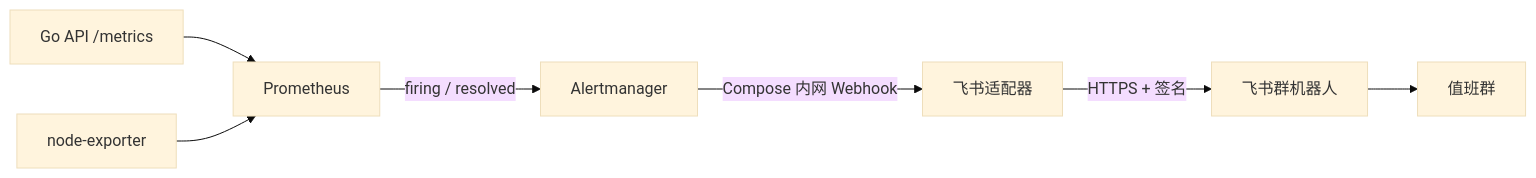
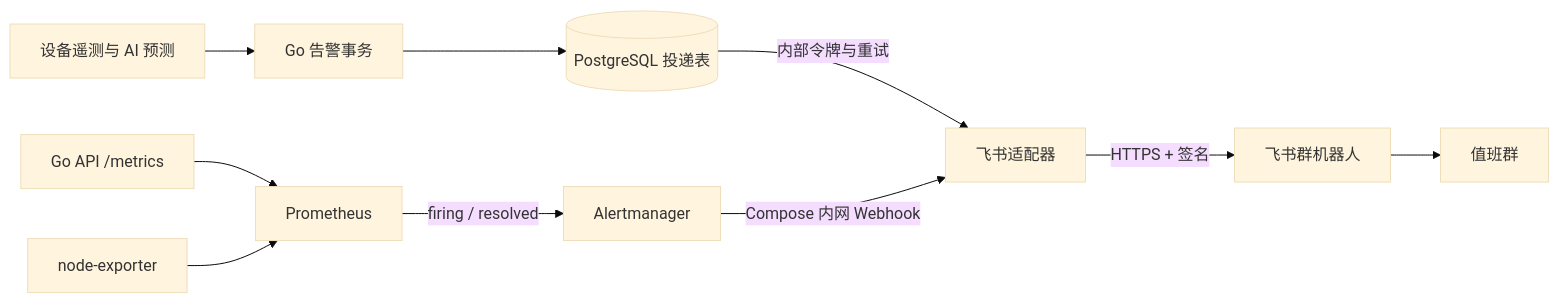
The diagram in 开发阶段5-飞书告警通知/01-链路与实现.md (Cyan-carp/PowerSystem), drawn with Mermaid (base theme) before and after one commit. The commit also changed other lines of this file and 68 other files, not shown here.

````diff
--- a/开发阶段5-飞书告警通知/01-链路与实现.md
+++ b/开发阶段5-飞书告警通知/01-链路与实现.md
@@ -15,9 +15,12 @@
 ```mermaid
 flowchart LR
+  TEL[设备遥测与 AI 预测] --> BE[Go 告警事务]
+  BE --> OUT[(PostgreSQL 投递表)]
+  OUT -->|内部令牌与重试| AD[飞书适配器]
   API[Go API /metrics] --> P[Prometheus]
   NE[node-exporter] --> P
   P -->|firing / resolved| AM[Alertmanager]
-  AM -->|Compose 内网 Webhook| AD[飞书适配器]
+  AM -->|Compose 内网 Webhook| AD
   AD -->|HTTPS + 签名| BOT[飞书群机器人]
   BOT --> GROUP[值班群]
 ```
````
